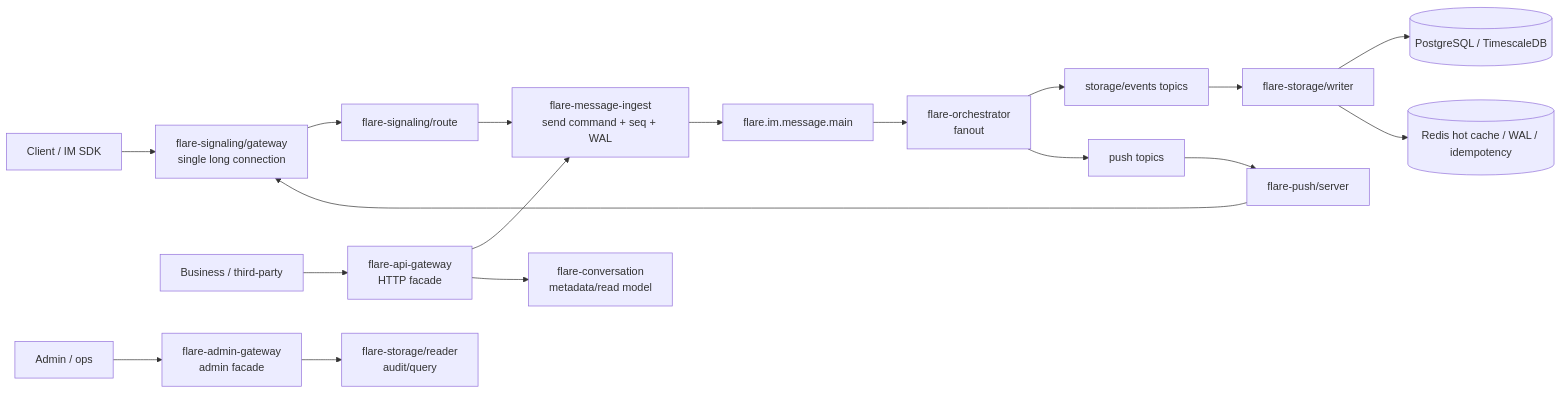
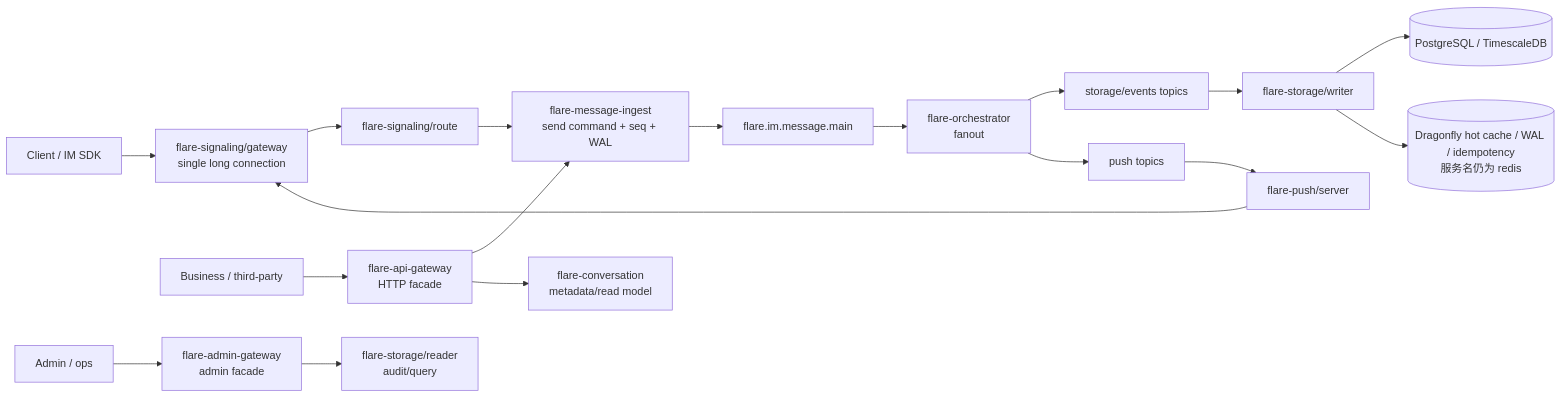
One commit to flare-im/flare-im-core-server changed the diagram in docs/07-core-architecture-optimization-roadmap.md. Above: the diagram before and after it, drawn with Mermaid. The commit also changed other lines of this file and 11 other files, not shown here.

````diff
--- a/docs/07-core-architecture-optimization-roadmap.md
+++ b/docs/07-core-architecture-optimization-roadmap.md
@@ -21,22 +21,22 @@
 ```mermaid
 flowchart LR
     Client["Client / IM SDK"] --> SGW["flare-signaling/gateway<br/>single long connection"]
     Business["Business / third-party"] --> CGW["flare-api-gateway<br/>HTTP facade"]
     Admin["Admin / ops"] --> AGW["flare-admin-gateway<br/>admin facade"]
 
     SGW --> Route["flare-signaling/route"]
     Route --> Ingest["flare-message-ingest<br/>send command + seq + WAL"]
     CGW --> Ingest
     CGW --> Conversation["flare-conversation<br/>metadata/read model"]
     AGW --> Reader["flare-storage/reader<br/>audit/query"]
 
     Ingest --> MQMain["flare.im.message.main"]
     MQMain --> Orchestrator["flare-orchestrator<br/>fanout"]
     Orchestrator --> MQStorage["storage/events topics"]
     Orchestrator --> MQPush["push topics"]
     MQStorage --> Writer["flare-storage/writer"]
     Writer --> PG[("PostgreSQL / TimescaleDB")]
-    Writer --> Redis[("Redis hot cache / WAL / idempotency")]
+    Writer --> Redis[("Dragonfly hot cache / WAL / idempotency<br/>服务名仍为 redis")]
     MQPush --> Push["flare-push/server"]
     Push --> SGW
 ```
````
